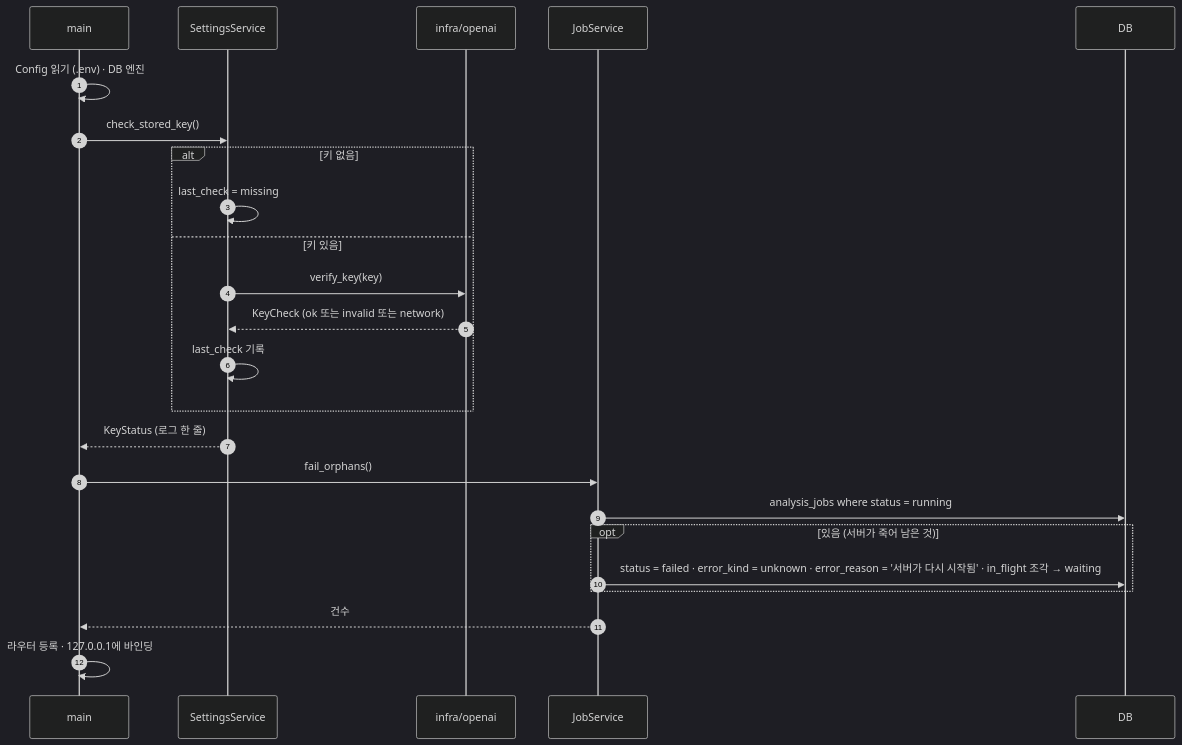
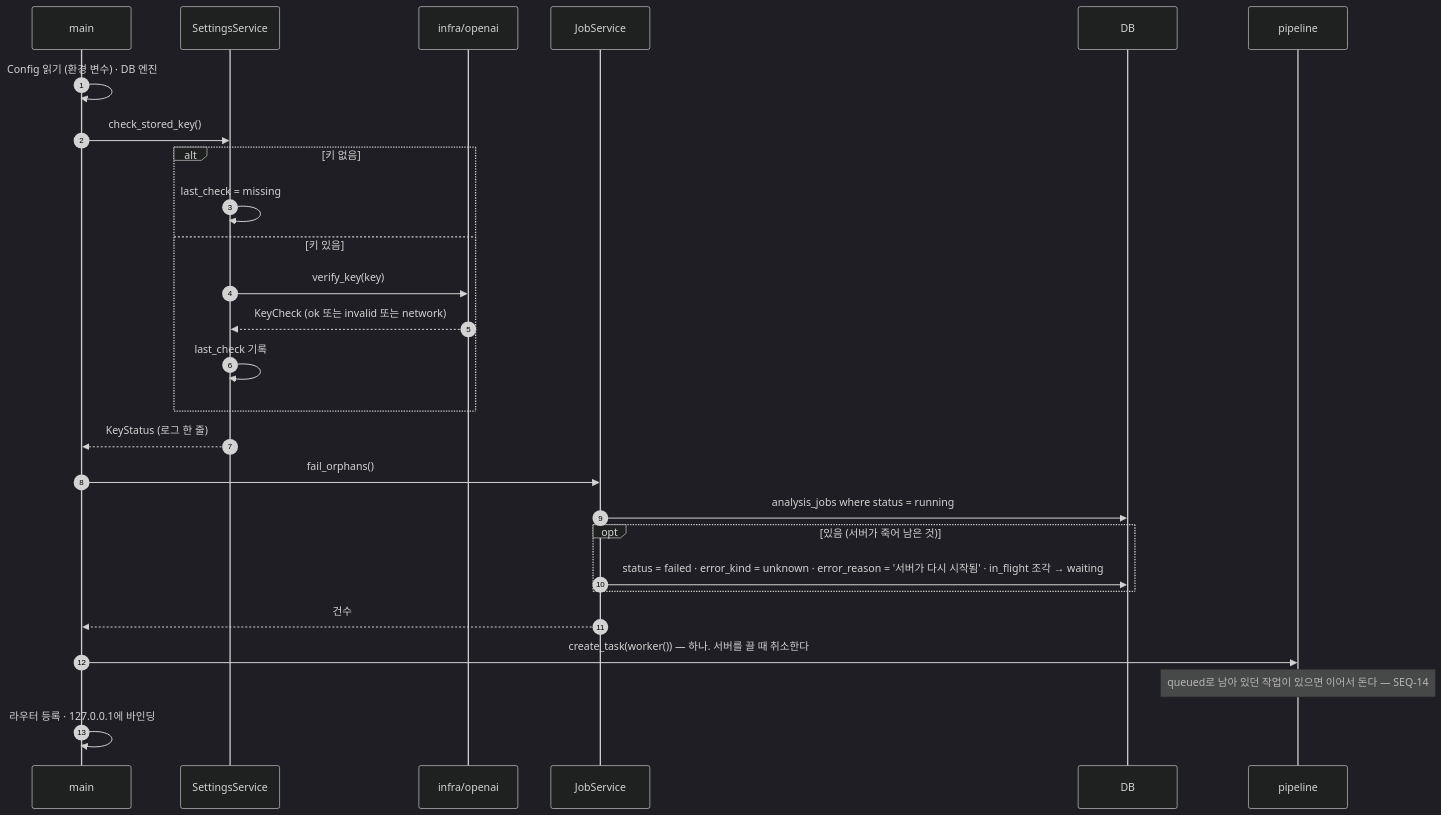
One commit to HoyoungParkme/video-agent changed diagram 13 of 15 in docs/specs/09-SEQ/VA-SEQ-001.md. Above: the diagram before and after it, drawn with Mermaid (dark theme). The commit also changed other lines of this file, not shown here.

Commit message:
대기열 반영 — SEQ-2·6은 queued로 넣고 깨움, SEQ-14 워커 추가, SEQ-13 워커 띄움, SEQ-12 .env 저장. 되먹일 것 #7·#8

````diff
--- a/docs/specs/09-SEQ/VA-SEQ-001.md
+++ b/docs/specs/09-SEQ/VA-SEQ-001.md
@@ -860,27 +870,30 @@
 ```mermaid
 sequenceDiagram
     autonumber
     participant MN as main
     participant SS as SettingsService
     participant OA as infra/openai
     participant JS as JobService
     participant DB
+    participant PL as pipeline
 
-    MN->>MN: Config 읽기 (.env) · DB 엔진
+    MN->>MN: Config 읽기 (환경 변수) · DB 엔진
     MN->>SS: check_stored_key()
     alt 키 없음
         SS->>SS: last_check = missing
     else 키 있음
         SS->>OA: verify_key(key)
         OA-->>SS: KeyCheck (ok 또는 invalid 또는 network)
         SS->>SS: last_check 기록
     end
     SS-->>MN: KeyStatus (로그 한 줄)
     MN->>JS: fail_orphans()
     JS->>DB: analysis_jobs where status = running
     opt 있음 (서버가 죽어 남은 것)
         JS->>DB: status = failed · error_kind = unknown · error_reason = '서버가 다시 시작됨' · in_flight 조각 → waiting
     end
     JS-->>MN: 건수
+    MN->>PL: create_task(worker()) — 하나. 서버를 끌 때 취소한다
+    Note over PL: queued로 남아 있던 작업이 있으면 이어서 돈다 — SEQ-14
     MN->>MN: 라우터 등록 · 127.0.0.1에 바인딩
 ```
````
